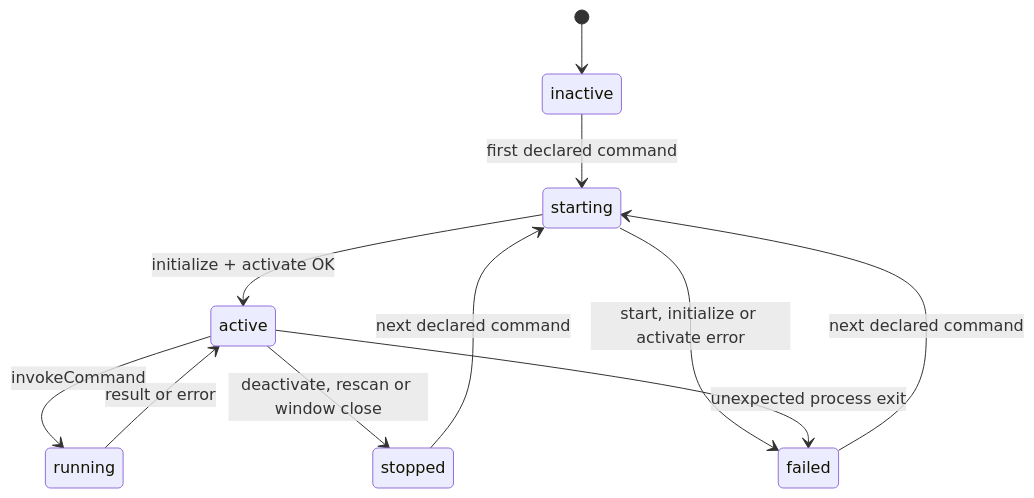
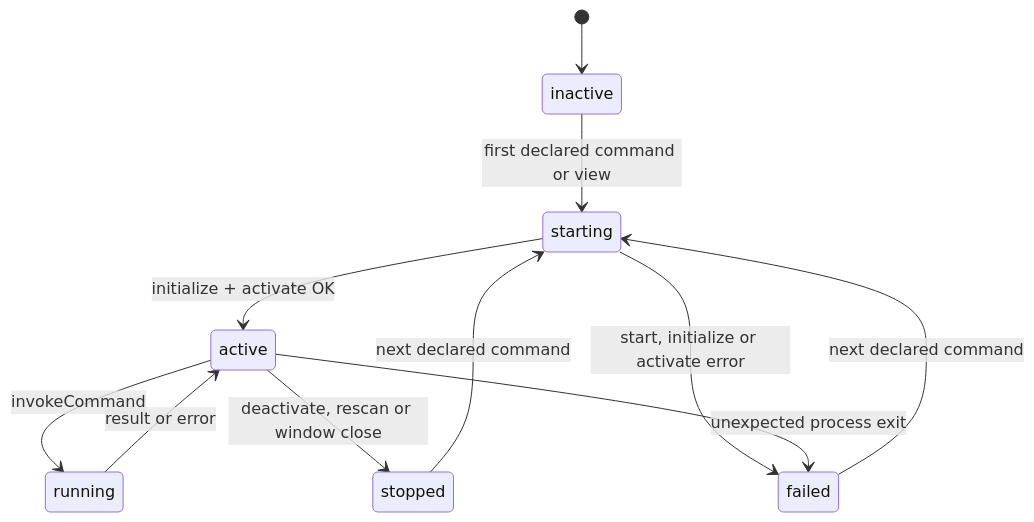
Before and after one commit to lexleizou/byop: the second of 2 diagrams in docs/architecture.md, drawn with Mermaid. The commit also changed other lines of this file and 22 other files, not shown here.

````diff
--- a/docs/architecture.md
+++ b/docs/architecture.md
@@ -139,13 +164,13 @@
 ```mermaid
 stateDiagram-v2
     [*] --> inactive
-    inactive --> starting: first declared command
+    inactive --> starting: first declared command or view
     starting --> active: initialize + activate OK
     starting --> failed: start, initialize or activate error
     active --> running: invokeCommand
     running --> active: result or error
     active --> stopped: deactivate, rescan or window close
     active --> failed: unexpected process exit
     stopped --> starting: next declared command
     failed --> starting: next declared command
 ```
````
